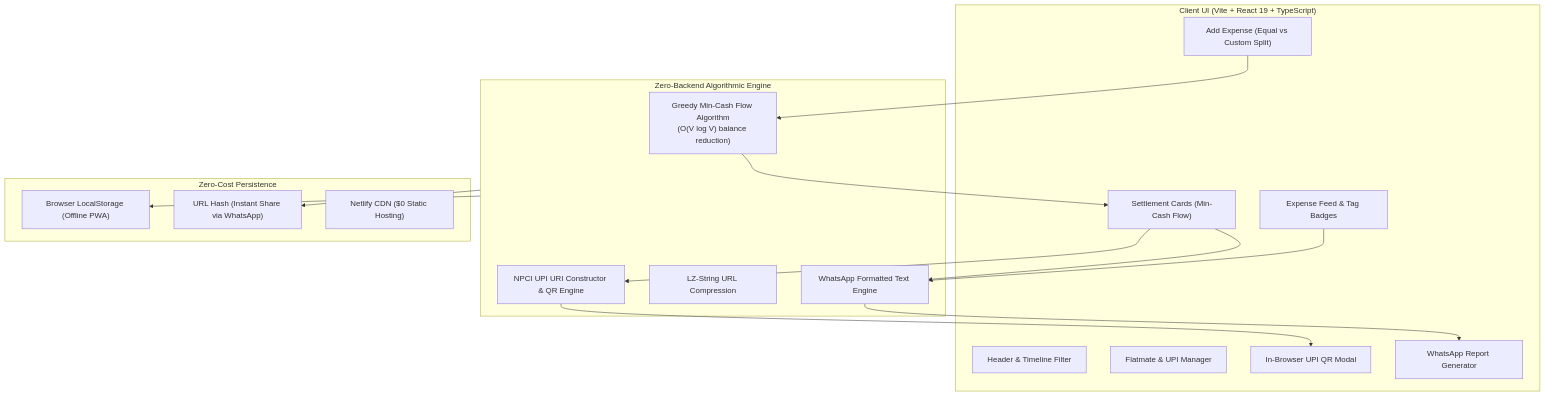
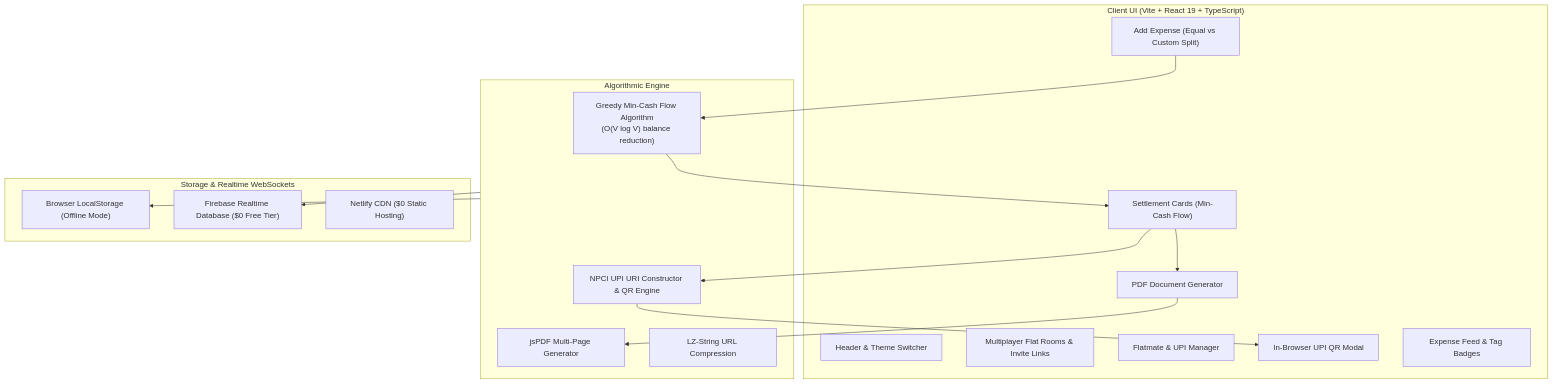
One commit to Neeraj3102/kharcha-split changed the diagram in README.md. Above: the diagram before and after it, drawn with Mermaid. The commit also changed other lines of this file and 1 other file, not shown here.

````diff
--- a/README.md
+++ b/README.md
@@ -58,35 +60,35 @@
 ```mermaid
 flowchart TD
     subgraph UI ["Client UI (Vite + React 19 + TypeScript)"]
-        Header["Header & Timeline Filter"]
+        Header["Header & Theme Switcher"]
+        Rooms["Multiplayer Flat Rooms & Invite Links"]
         Flatmates["Flatmate & UPI Manager"]
         AddExpense["Add Expense (Equal vs Custom Split)"]
         Settlements["Settlement Cards (Min-Cash Flow)"]
         QRModal["In-Browser UPI QR Modal"]
         Feed["Expense Feed & Tag Badges"]
-        ReportModal["WhatsApp Report Generator"]
+        PDFExport["PDF Document Generator"]
     end
 
-    subgraph Core ["Zero-Backend Algorithmic Engine"]
+    subgraph Core ["Algorithmic Engine"]
         MinFlow["Greedy Min-Cash Flow Algorithm<br/>(O(V log V) balance reduction)"]
         UPIEngine["NPCI UPI URI Constructor & QR Engine"]
+        PDFEngine["jsPDF Multi-Page Generator"]
         LZEngine["LZ-String URL Compression"]
-        WAMarkdown["WhatsApp Formatted Text Engine"]
     end
 
-    subgraph Storage ["Zero-Cost Persistence"]
-        LocalDB["Browser LocalStorage (Offline PWA)"]
-        URLState["URL Hash (Instant Share via WhatsApp)"]
+    subgraph Sync ["Storage & Realtime WebSockets"]
+        LocalDB["Browser LocalStorage (Offline Mode)"]
+        Firebase["Firebase Realtime Database ($0 Free Tier)"]
         Netlify["Netlify CDN ($0 Static Hosting)"]
     end
 
     AddExpense --> MinFlow
     MinFlow --> Settlements
     Settlements --> UPIEngine
     UPIEngine --> QRModal
+    Settlements --> PDFExport
+    PDFExport --> PDFEngine
     Core --> LocalDB
-    Core --> URLState
-    Settlements --> WAMarkdown
-    Feed --> WAMarkdown
-    WAMarkdown --> ReportModal
+    Core --> Firebase
 ```
````
